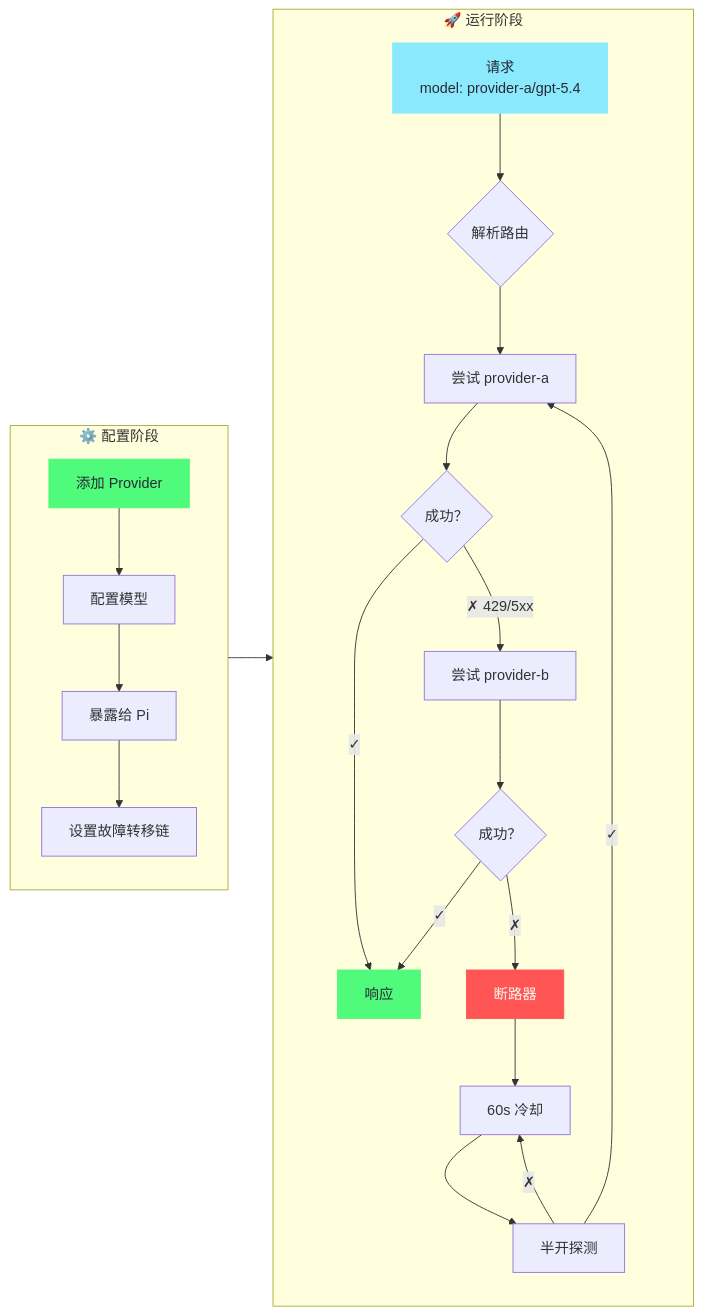
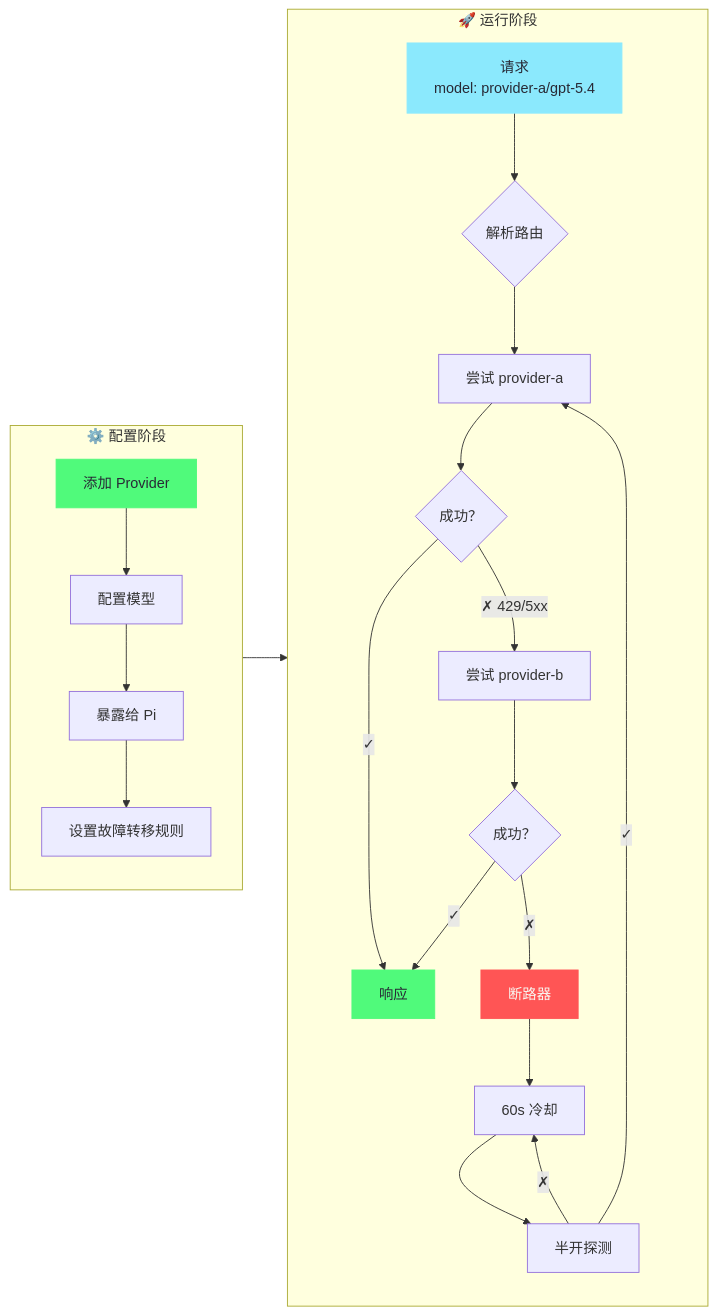
The diagram in README_ZH.md (andywang646691/pi-switch), drawn with Mermaid before and after one commit. The commit also changed other lines of this file and 25 other files, not shown here.

````diff
--- a/README_ZH.md
+++ b/README_ZH.md
@@ -174,30 +176,30 @@
 ```mermaid
 graph LR
     subgraph Setup["⚙️ 配置阶段"]
         A[添加 Provider] --> B[配置模型]
         B --> C[暴露给 Pi]
-        C --> D[设置故障转移链]
+        C --> D[设置故障转移规则]
     end
 
     subgraph Runtime["🚀 运行阶段"]
         E["请求<br/>model: provider-a/gpt-5.4"] --> F{解析路由}
         F --> G[尝试 provider-a]
         G --> H{成功？}
         H -->|✓| I[响应]
         H -->|✗ 429/5xx| J[尝试 provider-b]
         J --> K{成功？}
         K -->|✓| I
         K -->|✗| L[断路器]
         L --> M[60s 冷却]
         M --> N[半开探测]
         N -->|✓| G
         N -->|✗| M
     end
 
     Setup --> Runtime
 
     style A fill:#50fa7b,stroke:#50fa7b,color:#282a36
     style E fill:#8be9fd,stroke:#8be9fd,color:#282a36
     style I fill:#50fa7b,stroke:#50fa7b,color:#282a36
     style L fill:#ff5555,stroke:#ff5555,color:#f8f8f2
 ```
````
